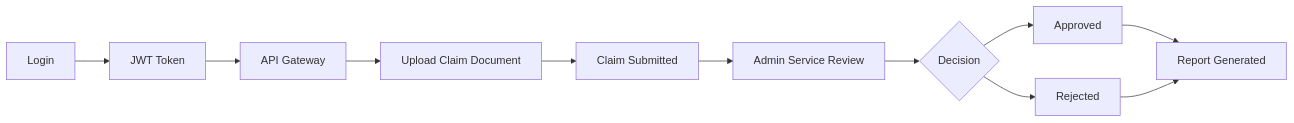
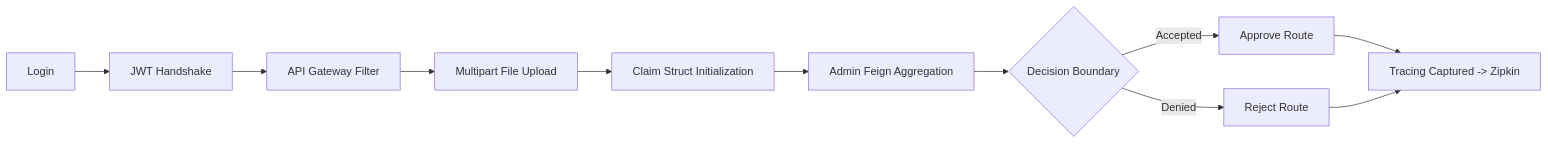
The fourth of 4 diagrams in README.md (PritishSingh13/smart-sure-insurance), drawn with Mermaid before and after one commit. The commit also changed other lines of this file, not shown here.

````diff
--- a/README.md
+++ b/README.md
@@ -258,14 +220,14 @@
 ```mermaid
 flowchart LR
 
-A[Login] --> B[JWT Token]
-B --> C[API Gateway]
-C --> D[Upload Claim Document]
-D --> E[Claim Submitted]
-E --> F[Admin Service Review]
-F --> G{Decision}
-G --> H[Approved]
-G --> I[Rejected]
-H --> J[Report Generated]
+A[Login] --> B[JWT Handshake]
+B --> C[API Gateway Filter]
+C --> D[Multipart File Upload]
+D --> E[Claim Struct Initialization]
+E --> F[Admin Feign Aggregation]
+F --> G{Decision Boundary}
+G -->|Accepted| H[Approve Route]
+G -->|Denied| I[Reject Route]
+H --> J[Tracing Captured -> Zipkin]
 I --> J
 ```
````
